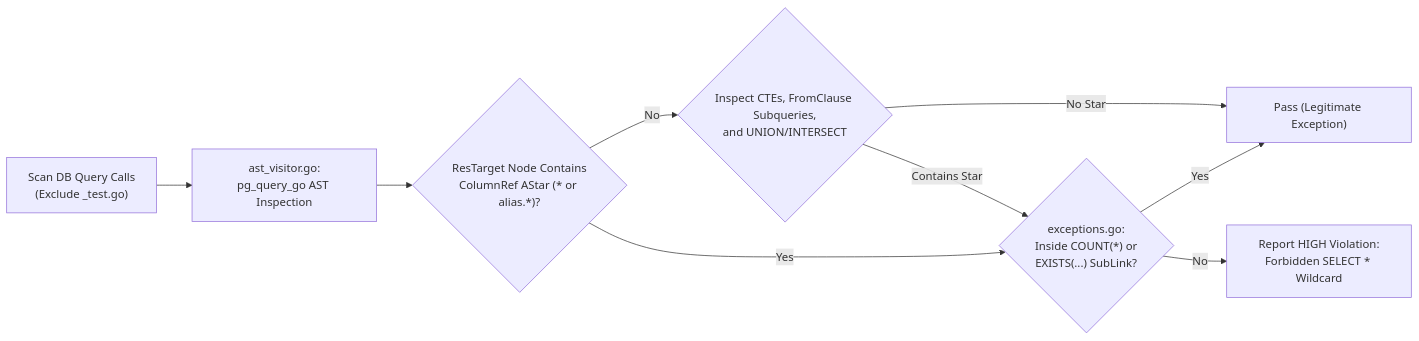
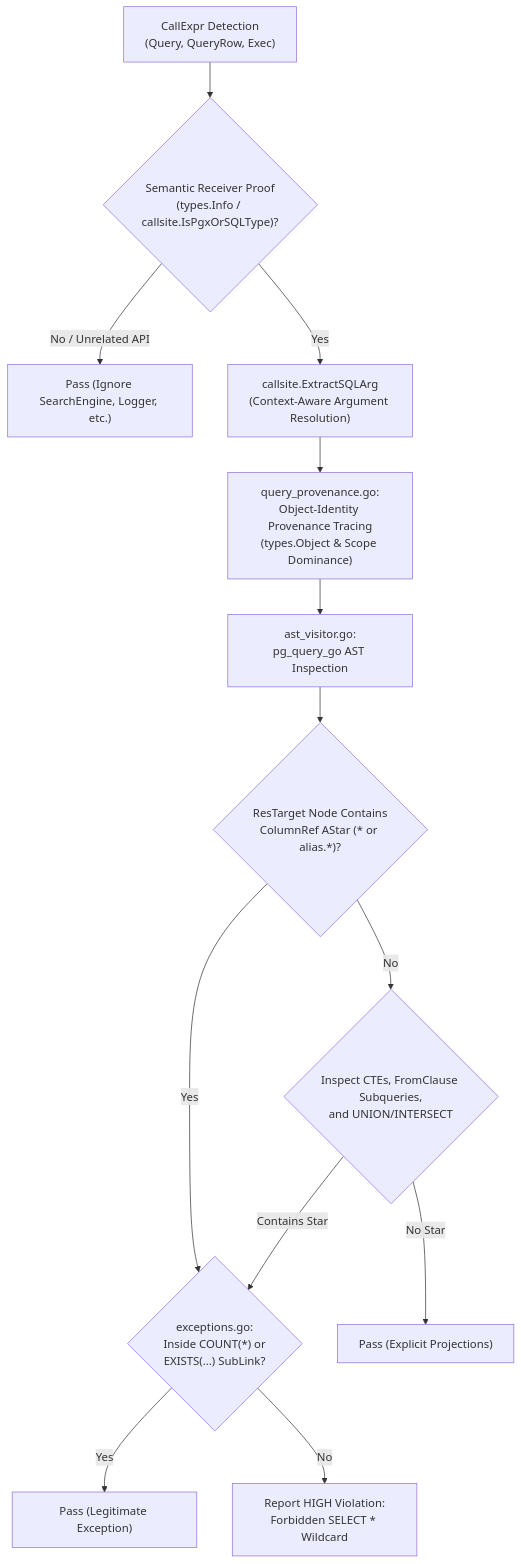
One commit to will2469/argus changed the second of 2 diagrams in wiki/ARGUS-A14.md. Above: the diagram before and after it, drawn with Mermaid. The commit also changed other lines of this file and 6 other files, not shown here.

Commit message:
feat(a14): implement object-identity query provenance and scope-dominant variable resolution

````diff
--- a/wiki/ARGUS-A14.md
+++ b/wiki/ARGUS-A14.md
@@ -63,11 +63,15 @@
 ```mermaid
-flowchart LR
-    Scan["Scan DB Query Calls<br/>(Exclude _test.go)"] --> Parse["ast_visitor.go:<br/>pg_query_go AST Inspection"]
-    Parse --> TargetList{"ResTarget Node Contains<br/>ColumnRef AStar (* or alias.*)?"}
+flowchart TD
+    Call["CallExpr Detection<br/>(Query, QueryRow, Exec)"] --> RecvCheck{"Semantic Receiver Proof<br/>(types.Info / callsite.IsPgxOrSQLType)?"}
+    RecvCheck -->|No / Unrelated API| PassUnrelated["Pass (Ignore SearchEngine, Logger, etc.)"]
+    RecvCheck -->|Yes| ArgRes["callsite.ExtractSQLArg<br/>(Context-Aware Argument Resolution)"]
+    ArgRes --> ProvTrack["query_provenance.go:<br/>Object-Identity Provenance Tracing<br/>(types.Object & Scope Dominance)"]
+    ProvTrack --> SQLParse["ast_visitor.go:<br/>pg_query_go AST Inspection"]
+    SQLParse --> TargetList{"ResTarget Node Contains<br/>ColumnRef AStar (* or alias.*)?"}
     TargetList -->|Yes| ExceptionCheck{"exceptions.go:<br/>Inside COUNT(*) or<br/>EXISTS(...) SubLink?"}
     TargetList -->|No| Subqueries{"Inspect CTEs, FromClause Subqueries,<br/>and UNION/INTERSECT"}
     Subqueries -->|Contains Star| ExceptionCheck
-    ExceptionCheck -->|Yes| Pass["Pass (Legitimate Exception)"]
+    ExceptionCheck -->|Yes| PassLegit["Pass (Legitimate Exception)"]
     ExceptionCheck -->|No| Report["Report HIGH Violation:<br/>Forbidden SELECT * Wildcard"]
-    Subqueries -->|No Star| Pass
+    Subqueries -->|No Star| PassClean["Pass (Explicit Projections)"]
 ```
````
